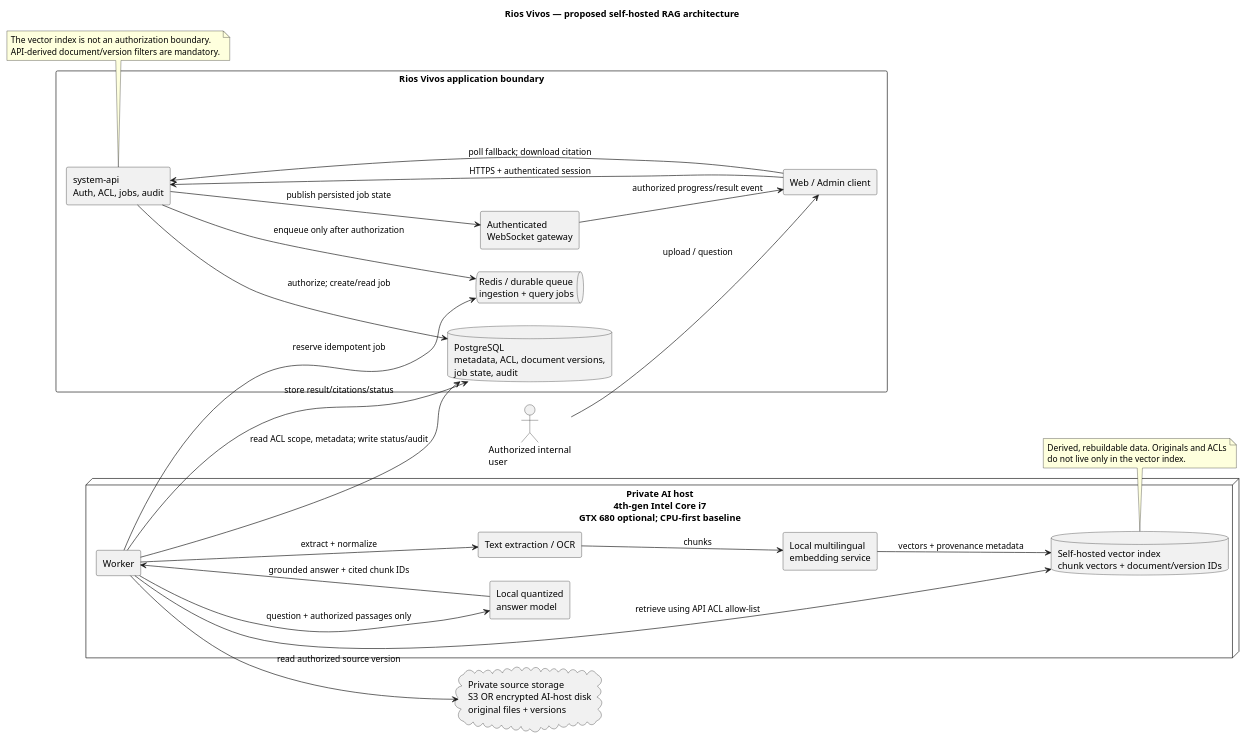
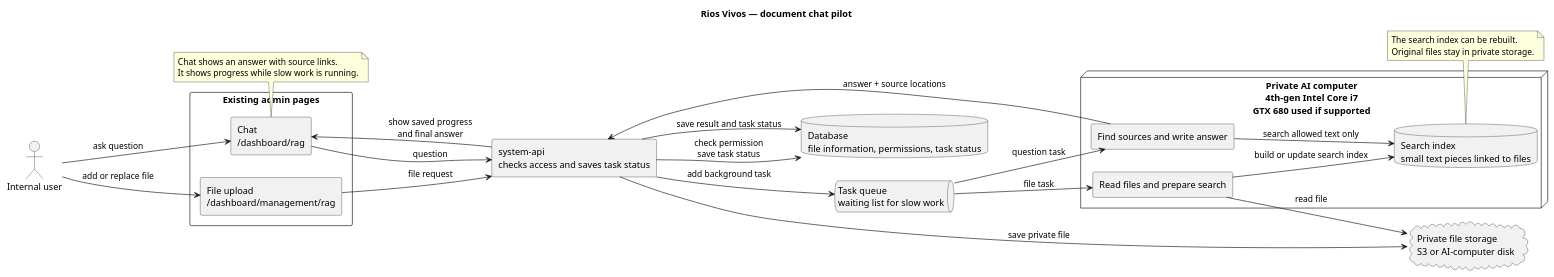
One commit to Rios-Vivos/docs changed the diagram in plantuml/rag-architecture.plantuml. Above: the diagram before and after it, drawn with PlantUML. The commit also changed 4 other files, not shown here.

Commit message:
docs: simplify RAG pilot and add PNG diagrams

```diff
--- a/plantuml/rag-architecture.plantuml
+++ b/plantuml/rag-architecture.plantuml
@@ -1,55 +1,51 @@
 @startuml
-title Rios Vivos — proposed self-hosted RAG architecture
+title Rios Vivos — document chat pilot
 left to right direction
 skinparam shadowing false
 skinparam componentStyle rectangle
 
-actor "Authorized internal\nuser" as user
-rectangle "Rios Vivos application boundary" {
-  [Web / Admin client] as client
-  [system-api\nAuth, ACL, jobs, audit] as api
-  database "PostgreSQL\nmetadata, ACL, document versions,\njob state, audit" as pg
-  queue "Redis / durable queue\ningestion + query jobs" as queue
-  [Authenticated\nWebSocket gateway] as ws
+actor "Internal user" as user
+
+rectangle "Existing admin pages" {
+  [File upload\n/dashboard/management/rag] as upload
+  [Chat\n/dashboard/rag] as chat
 }
 
-cloud "Private source storage\nS3 OR encrypted AI-host disk\noriginal files + versions" as objectstore
+[system-api\nchecks access and saves task status] as api
+queue "Task queue\nwaiting list for slow work" as queue
+database "Database\nfile information, permissions, task status" as db
+cloud "Private file storage\nS3 or AI-computer disk" as files
 
-node "Private AI host\n4th-gen Intel Core i7\nGTX 680 optional; CPU-first baseline" {
-  [Worker] as worker
-  [Text extraction / OCR] as extract
-  [Local multilingual\nembedding service] as embed
-  database "Self-hosted vector index\nchunk vectors + document/version IDs" as vector
-  [Local quantized\nanswer model] as llm
+node "Private AI computer\n4th-gen Intel Core i7\nGTX 680 used if supported" {
+  [Read files and prepare search] as prepare
+  database "Search index\nsmall text pieces linked to files" as index
+  [Find sources and write answer] as answer
 }
 
-user --> client : upload / question
-client --> api : HTTPS + authenticated session
-api --> pg : authorize; create/read job
-api --> queue : enqueue only after authorization
-api --> ws : publish persisted job state
-ws --> client : authorized progress/result event
-client --> api : poll fallback; download citation
+user --> upload : add or replace file
+user --> chat : ask question
+upload --> api : file request
+chat --> api : question
+api --> db : check permission\nsave task status
+api --> files : save private file
+api --> queue : add background task
+api --> chat : show saved progress\nand final answer
 
-worker --> queue : reserve idempotent job
-worker --> pg : read ACL scope, metadata; write status/audit
-worker --> objectstore : read authorized source version
-worker --> extract : extract + normalize
-extract --> embed : chunks
-embed --> vector : vectors + provenance metadata
+queue --> prepare : file task
+prepare --> files : read file
+prepare --> index : build or update search index
+queue --> answer : question task
+answer --> index : search allowed text only
+answer --> api : answer + source locations
+api --> db : save result and task status
 
-worker --> vector : retrieve using API ACL allow-list
-worker --> llm : question + authorized passages only
-llm --> worker : grounded answer + cited chunk IDs
-worker --> pg : store result/citations/status
-
-note bottom of api
-The vector index is not an authorization boundary.
-API-derived document/version filters are mandatory.
+note bottom of chat
+Chat shows an answer with source links.
+It shows progress while slow work is running.
 end note
 
-note bottom of vector
-Derived, rebuildable data. Originals and ACLs
-do not live only in the vector index.
+note bottom of index
+The search index can be rebuilt.
+Original files stay in private storage.
 end note
 @enduml
```
